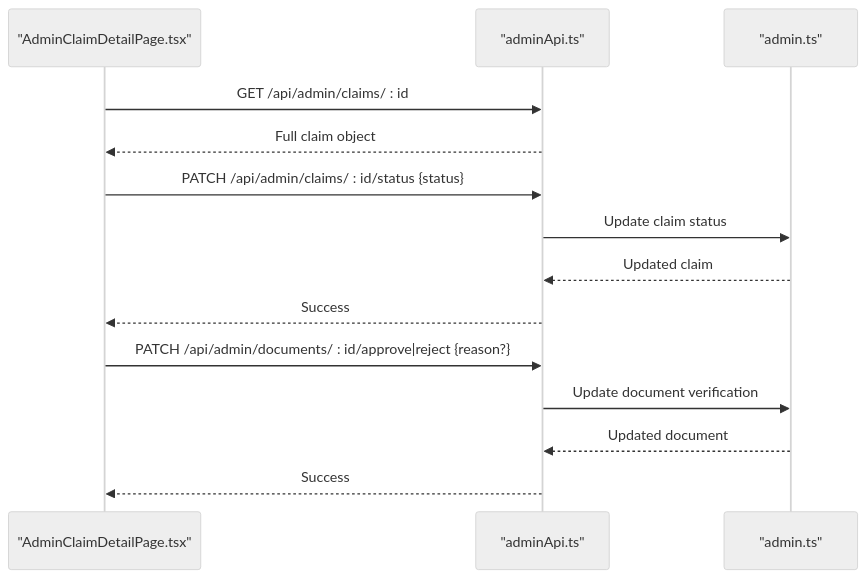
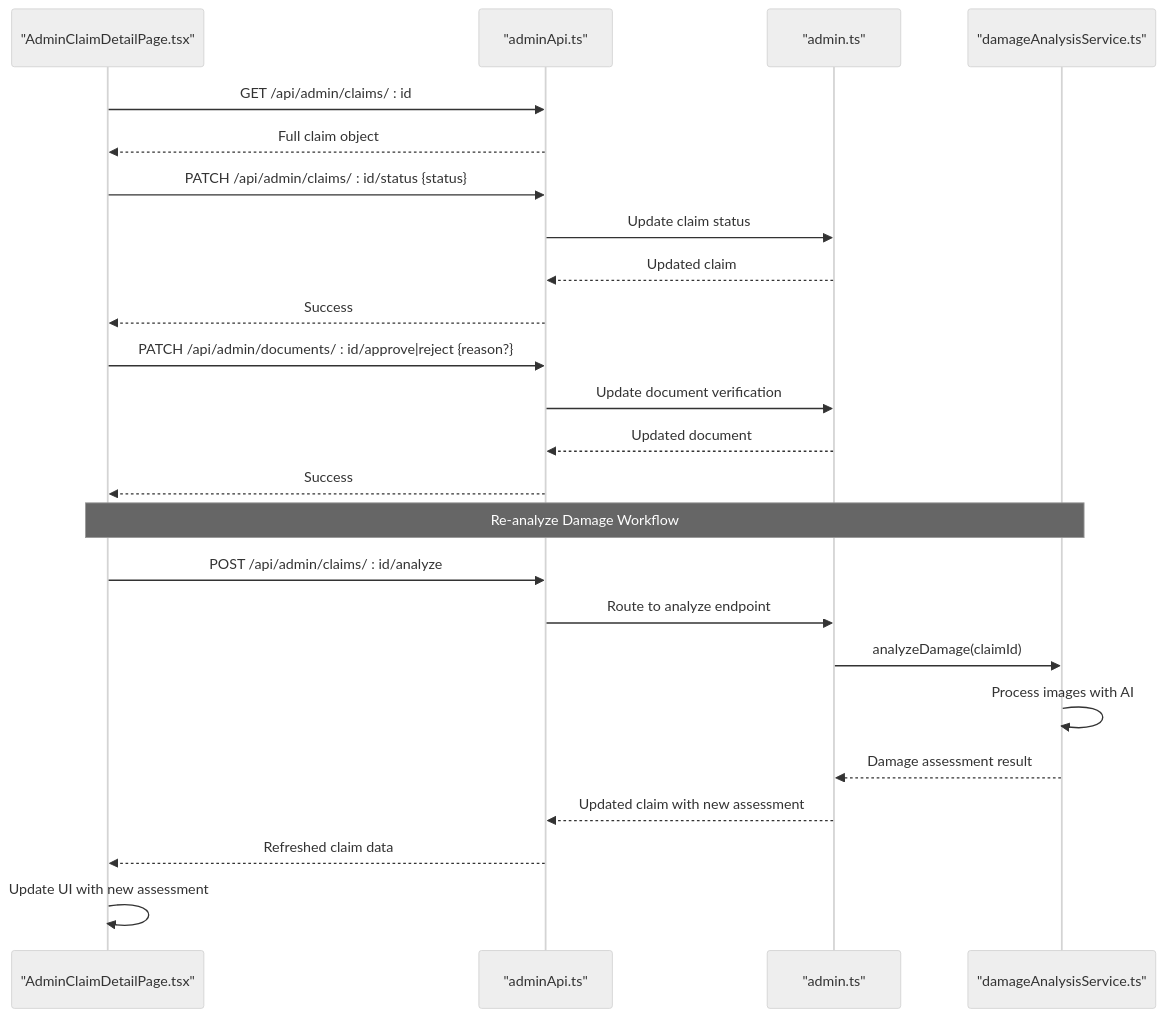
One commit to NaveenHiranya/Smart-Vehicle-Insurance-Claim-System changed the fifth of 9 diagrams in .qoder/repowiki/en/content/Frontend Documentation/Pages and Views/Admin Pages/Admin Pages.md. Above: the diagram before and after it, drawn with Mermaid (neutral theme). The commit also changed other lines of this file and 38 other files, not shown here.

````diff
--- a/.qoder/repowiki/en/content/Frontend Documentation/Pages and Views/Admin Pages/Admin Pages.md
+++ b/.qoder/repowiki/en/content/Frontend Documentation/Pages and Views/Admin Pages/Admin Pages.md
@@ -207,16 +228,26 @@
 ```mermaid
 sequenceDiagram
 participant D as "AdminClaimDetailPage.tsx"
 participant API as "adminApi.ts"
 participant R as "admin.ts"
+participant S as "damageAnalysisService.ts"
 D->>API : GET /api/admin/claims/ : id
 API-->>D : Full claim object
 D->>API : PATCH /api/admin/claims/ : id/status {status}
 API->>R : Update claim status
 R-->>API : Updated claim
 API-->>D : Success
 D->>API : PATCH /api/admin/documents/ : id/approve|reject {reason?}
 API->>R : Update document verification
 R-->>API : Updated document
 API-->>D : Success
+Note over D,S : Re-analyze Damage Workflow
+D->>API : POST /api/admin/claims/ : id/analyze
+API->>R : Route to analyze endpoint
+R->>S : analyzeDamage(claimId)
+S->>S : Process images with AI
+S-->>R : Damage assessment result
+R-->>API : Updated claim with new assessment
+API-->>D : Refreshed claim data
+D->>D : Update UI with new assessment
 ```
````
